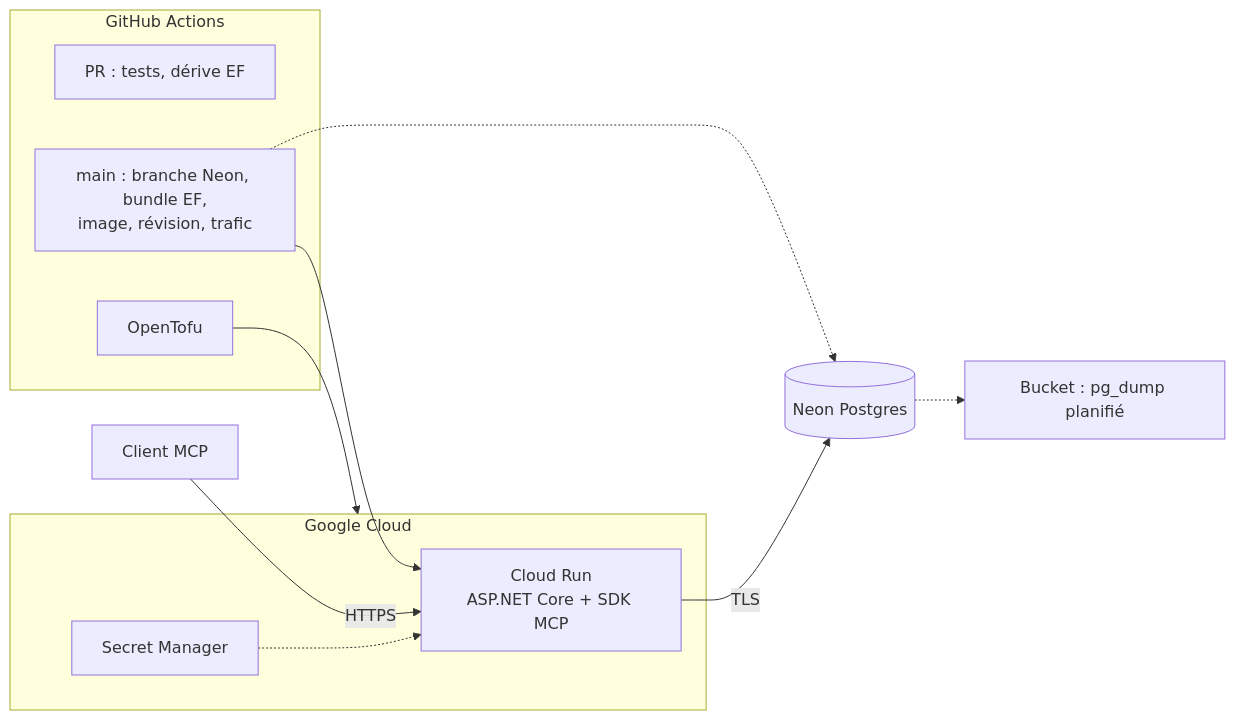
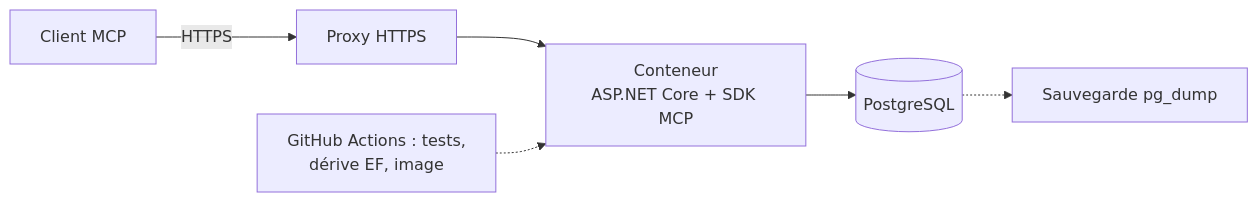
One commit to petits-chapeaux/corvees changed the diagram in docs/adr/0001-stack-backend-mcp.md. Above: the diagram before and after it, drawn with Mermaid. The commit also changed other lines of this file, not shown here.

````diff
--- a/docs/adr/0001-stack-backend-mcp.md
+++ b/docs/adr/0001-stack-backend-mcp.md
@@ -45,19 +43,8 @@
 ```mermaid
 flowchart LR
-  client["Client MCP"] -- HTTPS --> run
-  subgraph gh["GitHub Actions"]
-    ci["PR : tests, dérive EF"]
-    cd["main : branche Neon, bundle EF,<br/>image, révision, trafic"]
-    tofu["OpenTofu"]
-  end
-  subgraph gcp["Google Cloud"]
-    run["Cloud Run<br/>ASP.NET Core + SDK MCP"]
-    sm["Secret Manager"]
-  end
-  run -- TLS --> neon[("Neon Postgres")]
-  sm -.-> run
-  cd --> run
-  cd -.-> neon
-  tofu --> gcp
-  neon -.-> bkp["Bucket : pg_dump planifié"]
+  client["Client MCP"] -- HTTPS --> proxy["Proxy HTTPS"]
+  proxy --> app["Conteneur<br/>ASP.NET Core + SDK MCP"]
+  app --> postgres[("PostgreSQL")]
+  postgres -.-> backup["Sauvegarde pg_dump"]
+  ci["GitHub Actions : tests,<br/>dérive EF, image"] -.-> app
 ```
````
